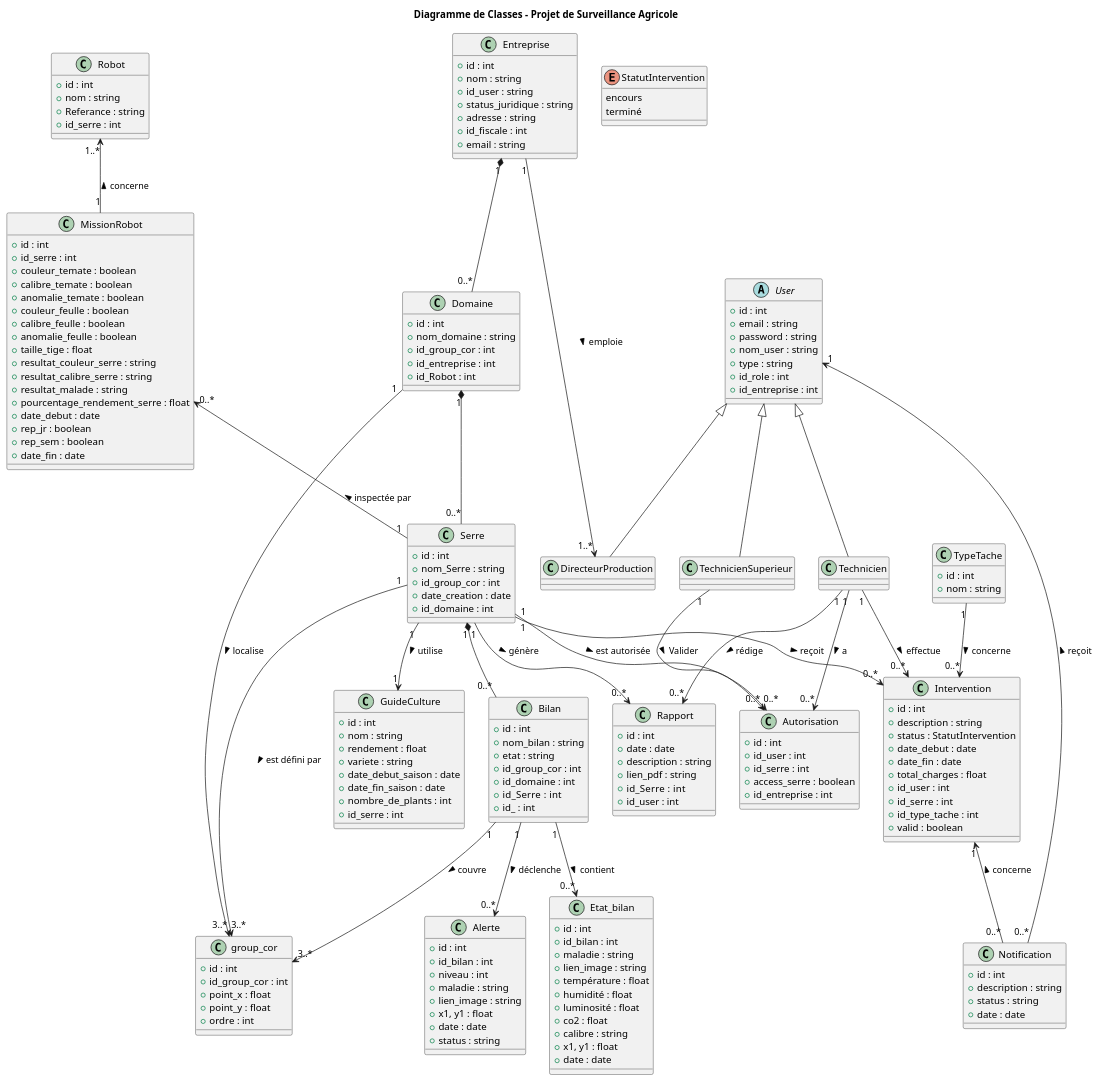
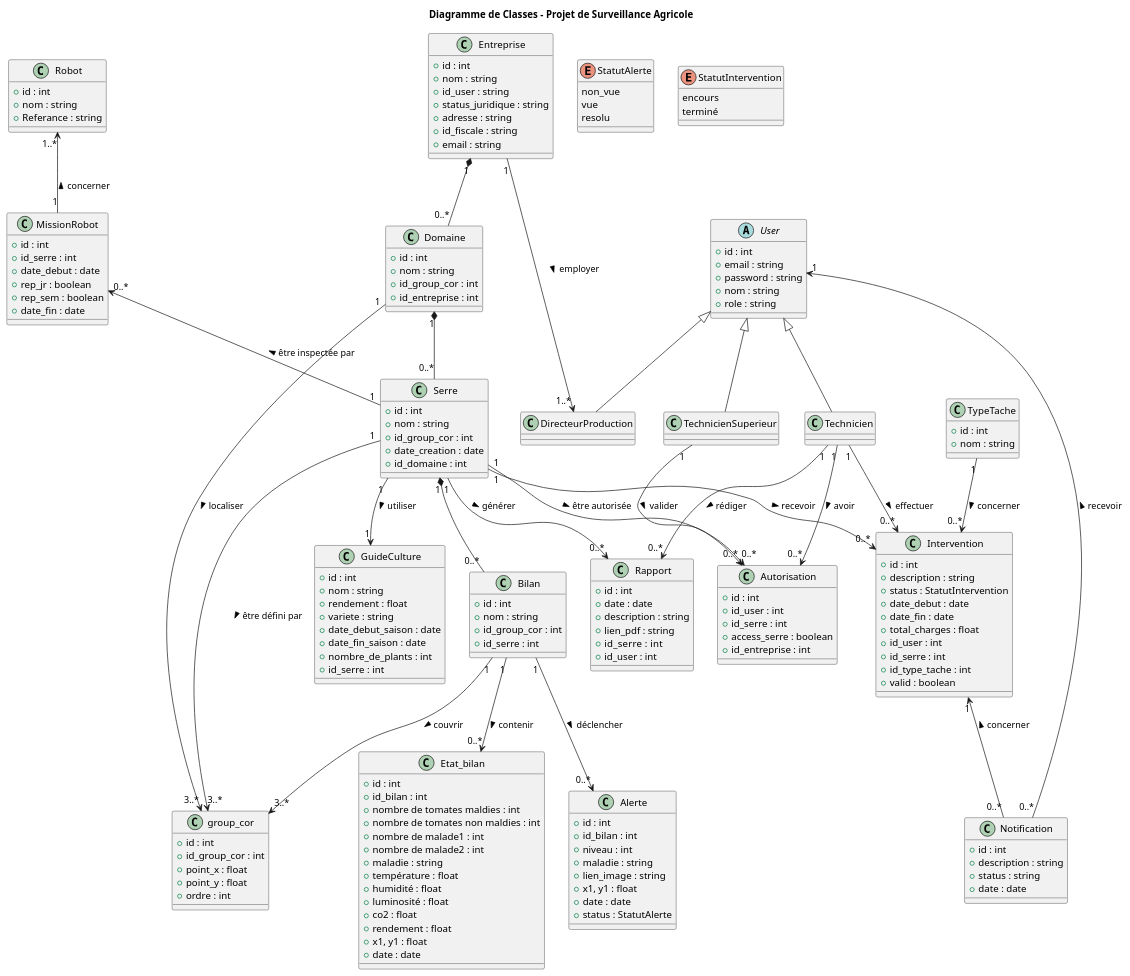
The first of 21 diagrams in chatgpt.md (GreenerTechProject/GreenerTech), drawn with PlantUML before and after one commit. The commit also changed 5 other files, not shown here.

Commit message:
Add mission robot

```diff
--- a/chatgpt.md
+++ b/chatgpt.md
@@ -8,7 +8,7 @@
   +id_user : string
   +status_juridique : string
   +adresse : string
-  +id_fiscale : int
+  +id_fiscale : string
   +email : string
 }
 
@@ -16,10 +16,8 @@
   +id : int
   +email : string
   +password : string
-  +nom_user : string
-  +type : string
-  +id_role : int
-  +id_entreprise : int
+  +nom : string
+  +role : string
 }
 
 class Technicien
@@ -30,25 +28,16 @@
 User <|-- TechnicienSuperieur
 User <|-- DirecteurProduction
 
-class Autorisation {
-  +id : int
-  +id_user : int
-  +id_serre : int
-  +access_serre : boolean
-  +id_entreprise : int
-}
-
 class Domaine {
   +id : int
-  +nom_domaine : string
+  +nom : string
   +id_group_cor : int
   +id_entreprise : int
-  +id_Robot : int 
 }
 
 class Serre {
   +id : int
-  +nom_Serre : string
+  +nom : string
   +id_group_cor : int
   +date_creation : date
   +id_domaine : int
@@ -73,14 +62,19 @@
   +id_serre : int
 }
 
+class Autorisation {
+  +id : int
+  +id_user : int
+  +id_serre : int
+  +access_serre : boolean
+  +id_entreprise : int
+}
+
 class Bilan {
   +id : int
-  +nom_bilan : string
-  +etat : string
+  +nom : string
   +id_group_cor : int
-  +id_domaine : int
-  +id_Serre  : int
-  +id_ : int
+  +id_serre : int
 }
 
 class TypeTache {
@@ -92,7 +86,40 @@
   +id : int
   +nom : string
   +Referance : string 
-  +id_serre : int
+}
+
+class Etat_bilan {
+  +id : int
+  +id_bilan : int
+  +nombre de tomates maldies : int
+  +nombre de tomates non maldies : int
+  +nombre de malade1 : int
+  +nombre de malade2 : int
+  +maladie : string
+  +température : float
+  +humidité : float
+  +luminosité : float
+  +co2 : float
+  +rendement : float
+  +x1, y1 : float
+  +date : date
+}
+
+class Alerte {
+  +id : int
+  +id_bilan : int
+  +niveau : int
+  +maladie : string
+  +lien_image : string
+  +x1, y1 : float
+  +date : date
+  +status : StatutAlerte 
+}
+
+enum StatutAlerte {
+  non_vue
+  vue
+  resolu
 }
 
 class Intervention {
@@ -123,46 +150,19 @@
 class MissionRobot {
   +id : int
   +id_serre : int
-  +couleur_temate : boolean
-  +calibre_temate : boolean
-  +anomalie_temate : boolean
-  +couleur_feulle : boolean
-  +calibre_feulle : boolean
-  +anomalie_feulle : boolean
-  +taille_tige : float
-  +resultat_couleur_serre : string
-  +resultat_calibre_serre : string
-  +resultat_malade : string
-  +pourcentage_rendement_serre : float
+  '+couleur_temate : boolean
+  '+anomalie_temate : boolean
+  '+couleur_feulle : boolean
+  '+anomalie_feulle : boolean
+  '+taille_tige : float
+  '+resultat_couleur_serre : string
+  '+resultat_calibre_serre : string
+  '+resultat_malade : string
+  '+pourcentage_rendement_serre : float
   +date_debut : date
   +rep_jr : boolean
   +rep_sem : boolean
   +date_fin : date
-}
-
-class Alerte {
-  +id : int
-  +id_bilan : int
-  +niveau : int
-  +maladie : string
-  +lien_image : string
-  +x1, y1 : float
-  +date : date
-  +status : string
-}
-
-class Etat_bilan {
-  +id : int
-  +id_bilan : int
-  +maladie : string
-  +lien_image : string
-  +température : float
-  +humidité : float
-  +luminosité : float
-  +co2 : float
-  +calibre : string
-  +x1, y1 : float
-  +date : date
 }
 
 class Rapport {
@@ -170,44 +170,39 @@
   +date : date
   +description : string
   +lien_pdf : string
-  +id_Serre  : int
+  +id_serre  : int
   +id_user : int
 }
 
 '================== ASSOCIATIONS (avec flèches) ==================
 
-' Relations
-Robot "1..*"<--"1" MissionRobot : concerne <
-Entreprise "1" --> "1..*" DirecteurProduction : emploie >
+Robot "1..*"<--"1" MissionRobot : concerner <
+Entreprise "1" --> "1..*" DirecteurProduction : employer >
 Entreprise "1" *-- "0..*" Domaine
-Bilan "1" --> "0..*" Alerte : déclenche >
-Bilan "1" --> "0..*" Etat_bilan : contient >
-Serre "1" --> "0..*" Rapport : génère >
+Bilan "1" --> "0..*" Alerte : déclencher >
+Bilan "1" --> "0..*" Etat_bilan : contenir >
+Serre "1" --> "0..*" Rapport : générer >
 Serre "1" *-- "0..*" Bilan
 
-Technicien "1" --> "0..*" Autorisation : a >
-TechnicienSuperieur "1" --> "0..*" Autorisation : Valider >
-Technicien "1" --> "0..*" Intervention : effectue >
-Technicien "1" --> "0..*" Rapport : rédige >
+Technicien "1" --> "0..*" Autorisation : avoir >
+TechnicienSuperieur "1" --> "0..*" Autorisation : valider >
+Technicien "1" --> "0..*" Intervention : effectuer >
+Technicien "1" --> "0..*" Rapport : rédiger >
 
 Domaine "1" *-- "0..*" Serre
 
-Serre "1" --> "1" GuideCulture : utilise >
-Serre "1" --> "0..*" Autorisation : est autorisée >
-Serre "1" --> "0..*" Intervention : reçoit >
+Serre "1" --> "1" GuideCulture : utiliser >
+Serre "1" --> "0..*" Autorisation : être autorisée >
+Serre "1" --> "0..*" Intervention : recevoir >
 
-TypeTache "1" --> "0..*" Intervention : concerne >
-MissionRobot "0..*" <-- "1" Serre : inspectée par <
-User "1" <-- "0..*" Notification : reçoit <
+TypeTache "1" --> "0..*" Intervention : concerner >
+MissionRobot "0..*" <-- "1" Serre : être inspectée par <
+User "1" <-- "0..*" Notification : recevoir <
 
-Serre "1" --> "3..*" group_cor : est défini par >
-Domaine "1" --> "3..*" group_cor : localise >
-Bilan "1" --> "3..*" group_cor : couvre >
+Serre "1" --> "3..*" group_cor : être défini par >
+Domaine "1" --> "3..*" group_cor : localiser >
+Bilan "1" --> "3..*" group_cor : couvrir >
 
-Intervention "1" <-- "0..*" Notification : concerne <
-
-
-'Intervention --> StatutIntervention : utilise >
-
+Intervention "1" <-- "0..*" Notification : concerner <
 
 @enduml
```
